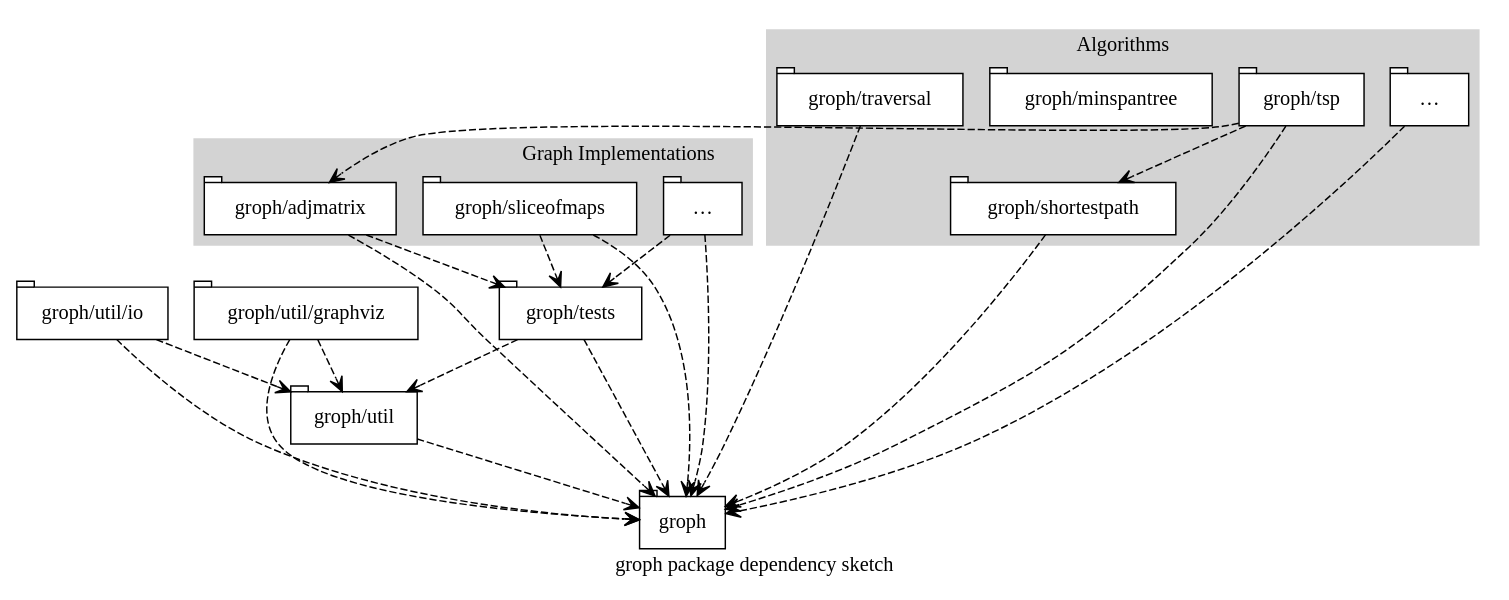
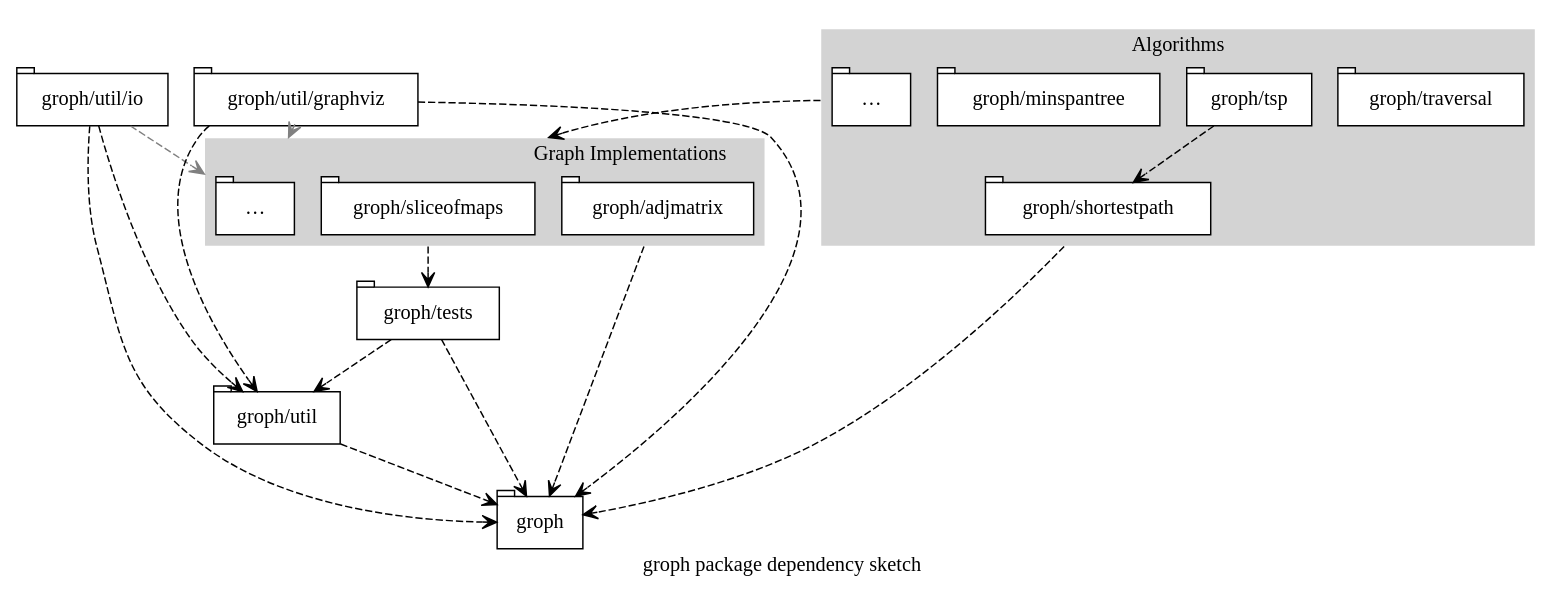
One commit to fractalqb/groph changed the diagram in docs/architecture.dot. Above: the diagram before and after it, drawn with Graphviz. The commit also changed 9 other files, not shown here.

```diff
--- a/docs/architecture.dot
+++ b/docs/architecture.dot
@@ -1,50 +1,51 @@
 digraph Groph {
+	compound=true;
+
 	graph [label="groph package dependency sketch"]
 	node [shape=tab,style=filled,fillcolor=white];
 	edge [arrowhead=vee, style=dashed];
 	
 	groph;
 	util [label="groph/util"];
 	io [label="groph/util/io"];
 	gv [label="groph/util/graphviz"];
 	tst [label="groph/tests"];
 	
 	subgraph cluster_g {
 		color=white;
 		style=filled;
 		fillcolor=lightgrey;
 		label="Graph Implementations";
 		labeljust=r;
 		amx [label="groph/adjmatrix"];
 		som [label="groph/sliceofmaps"];
 		getc [label="…"];
 	}
-	amx -> groph, tst;
-	som -> groph, tst;
-	getc -> groph, tst;
+	amx -> groph [ltail=cluster_g];
+	som -> tst [ltail=cluster_g];
 
 	subgraph cluster_a {
 		color=white;
 		style="filled";
 		fillcolor=lightgrey;
 		label="Algorithms";
 		trv [label="groph/traversal"];
 		shp [label="groph/shortestpath"];
 		tsp [label="groph/tsp"];
 		mst [label="groph/minspantree"];
 		aetc [label="…"];
 
 		tsp -> shp
 	}
-	trv -> groph;
-	shp -> groph;
-	tsp -> groph, amx;
-	aetc -> groph;
+	shp -> groph [ltail=cluster_a];
+	aetc -> som [lhead=cluster_g, ltail=cluster_a];
 	
 	util -> groph;
 	io -> util, groph;
+	io -> getc [lhead=cluster_g, color=gray];
 	gv -> util, groph;
-
+	gv -> getc [lhead=cluster_g, color=gray];
+	
 	tst -> groph;
 	tst -> util;
 }
```
